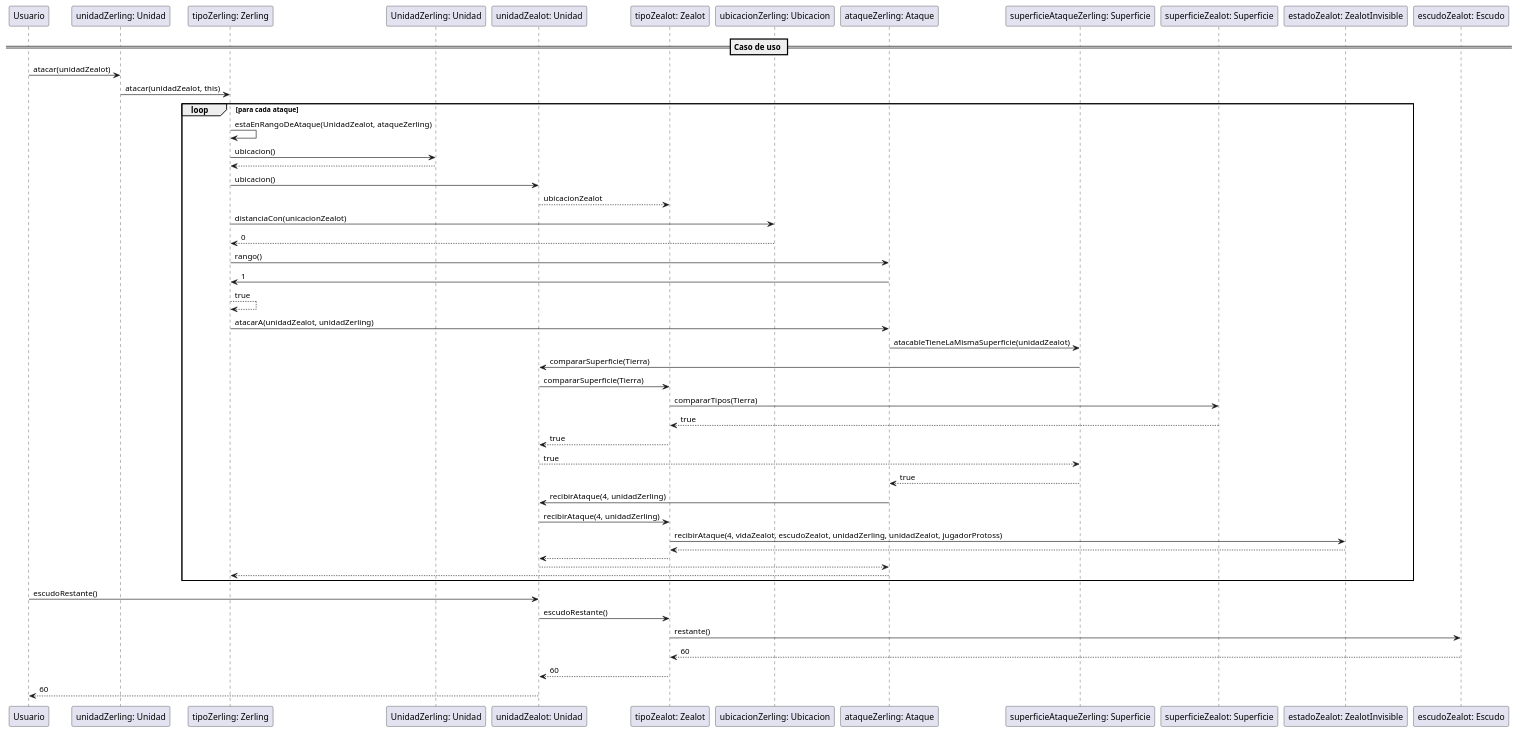
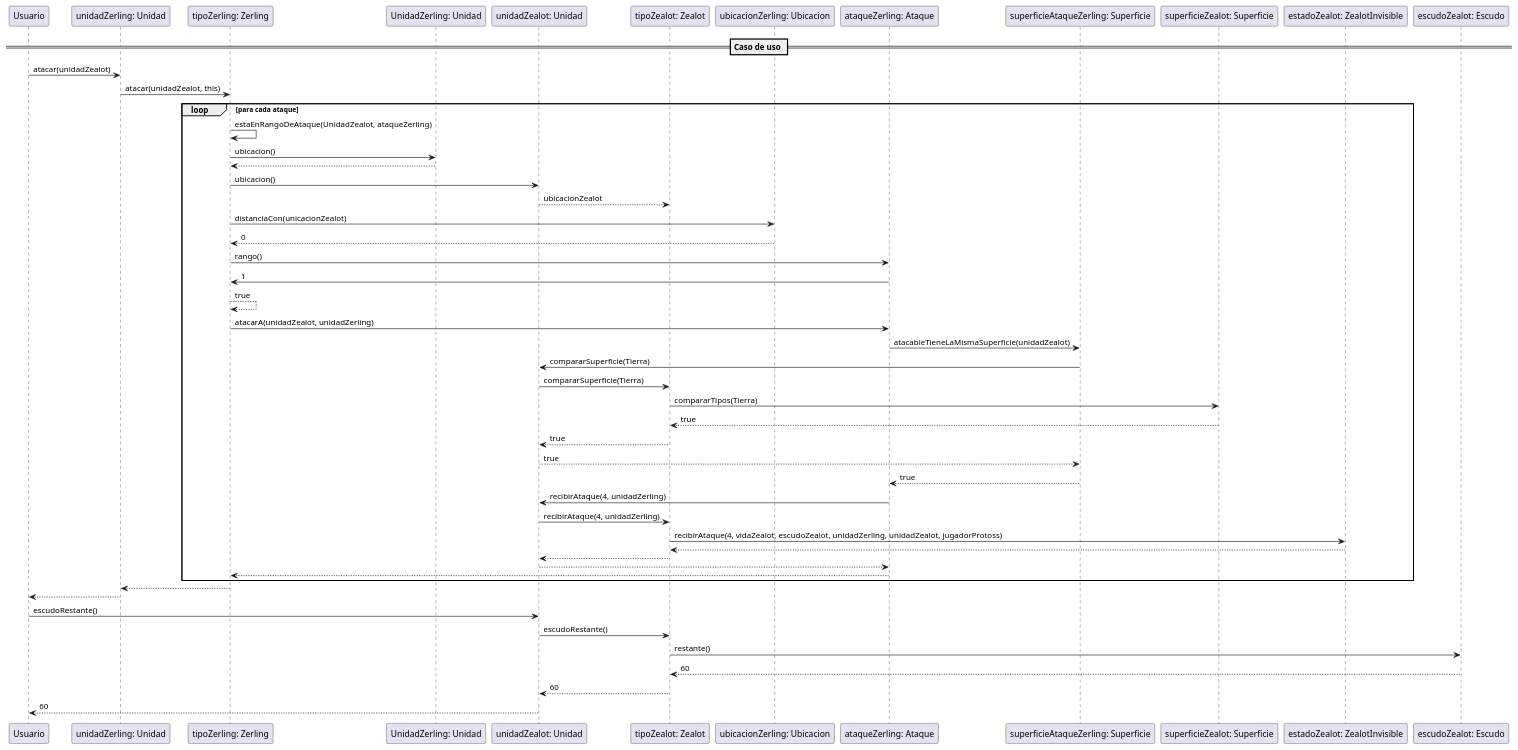
The fourth of 8 diagrams in diagrams/sequences/Diagramas definitivos/CasoDeUso28.puml (joeldevel/algo3_tp_2), drawn with PlantUML before and after one commit. The commit also changed other lines of this file and 1 other file, not shown here.

Commit message:
Diagramas

```diff
--- a/diagrams/sequences/Diagramas definitivos/CasoDeUso28.puml
+++ b/diagrams/sequences/Diagramas definitivos/CasoDeUso28.puml
@@ -28,47 +40,50 @@
 @startuml
 
 == Caso de uso ==
 
 Usuario -> "unidadZerling: Unidad": atacar(unidadZealot)
 "unidadZerling: Unidad" -> "tipoZerling: Zerling": atacar(unidadZealot, this)
 
 loop para cada ataque
 "tipoZerling: Zerling" -> "tipoZerling: Zerling": estaEnRangoDeAtaque(UnidadZealot, ataqueZerling)
 "tipoZerling: Zerling" -> "UnidadZerling: Unidad": ubicacion()
 "UnidadZerling: Unidad" --> "tipoZerling: Zerling"
 "tipoZerling: Zerling" -> "unidadZealot: Unidad": ubicacion()
 "unidadZealot: Unidad" --> "tipoZealot: Zealot": ubicacionZealot
 "tipoZerling: Zerling" -> "ubicacionZerling: Ubicacion": distanciaCon(unicacionZealot)
 "ubicacionZerling: Ubicacion" --> "tipoZerling: Zerling": 0
 "tipoZerling: Zerling" -> "ataqueZerling: Ataque": rango()
 "ataqueZerling: Ataque" -> "tipoZerling: Zerling": 1
 "tipoZerling: Zerling" --> "tipoZerling: Zerling": true
 
 "tipoZerling: Zerling" -> "ataqueZerling: Ataque": atacarA(unidadZealot, unidadZerling)
 
 "ataqueZerling: Ataque" -> "superficieAtaqueZerling: Superficie": atacableTieneLaMismaSuperficie(unidadZealot)
 "superficieAtaqueZerling: Superficie" -> "unidadZealot: Unidad": compararSuperficie(Tierra)
 "unidadZealot: Unidad" -> "tipoZealot: Zealot": compararSuperficie(Tierra)
 "tipoZealot: Zealot" -> "superficieZealot: Superficie": compararTipos(Tierra)
 "superficieZealot: Superficie" --> "tipoZealot: Zealot": true
 "tipoZealot: Zealot" --> "unidadZealot: Unidad": true
 "unidadZealot: Unidad" --> "superficieAtaqueZerling: Superficie": true
 "superficieAtaqueZerling: Superficie" --> "ataqueZerling: Ataque": true
 
 "ataqueZerling: Ataque" -> "unidadZealot: Unidad": recibirAtaque(4, unidadZerling)
 "unidadZealot: Unidad" -> "tipoZealot: Zealot": recibirAtaque(4, unidadZerling)
 "tipoZealot: Zealot" -> "estadoZealot: ZealotInvisible": recibirAtaque(4, vidaZealot, escudoZealot, unidadZerling, unidadZealot, jugadorProtoss)
 "estadoZealot: ZealotInvisible" --> "tipoZealot: Zealot"
 "tipoZealot: Zealot" --> "unidadZealot: Unidad"
 "unidadZealot: Unidad" --> "ataqueZerling: Ataque"
 "ataqueZerling: Ataque" --> "tipoZerling: Zerling"
 end
 
+"tipoZerling: Zerling" --> "unidadZerling: Unidad"
+"unidadZerling: Unidad" --> Usuario
+
 Usuario -> "unidadZealot: Unidad": escudoRestante()
 "unidadZealot: Unidad" -> "tipoZealot: Zealot": escudoRestante()
 "tipoZealot: Zealot" -> "escudoZealot: Escudo": restante()
 "escudoZealot: Escudo" --> "tipoZealot: Zealot": 60
 "tipoZealot: Zealot" --> "unidadZealot: Unidad": 60
 "unidadZealot: Unidad" --> Usuario: 60
 
 @enduml
```
